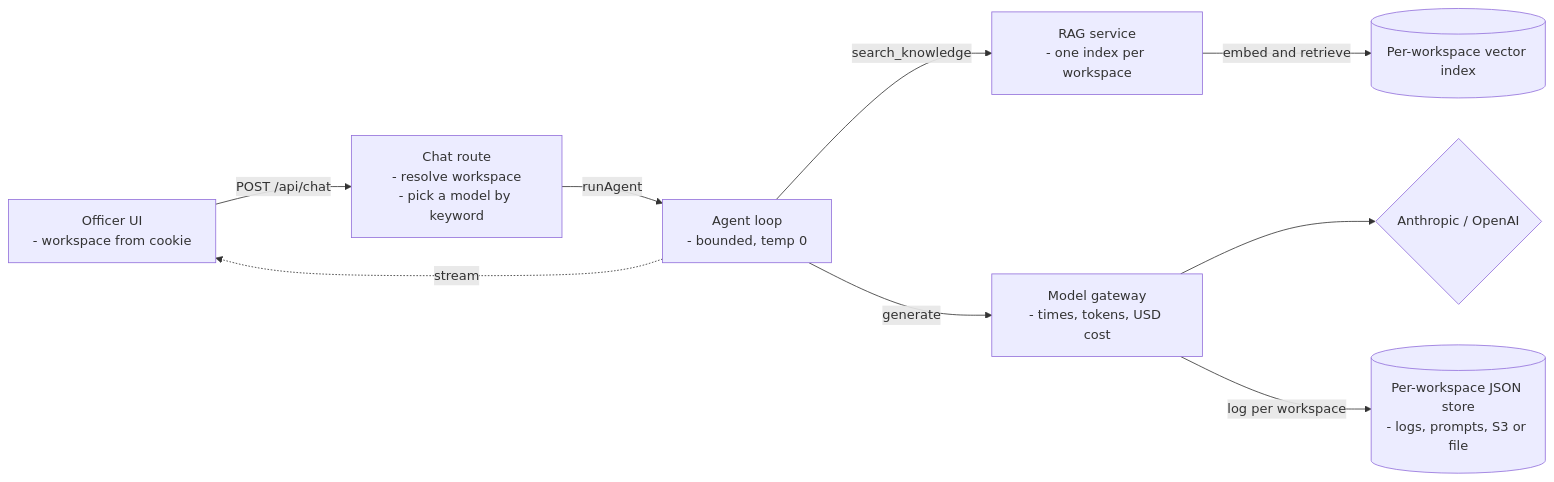
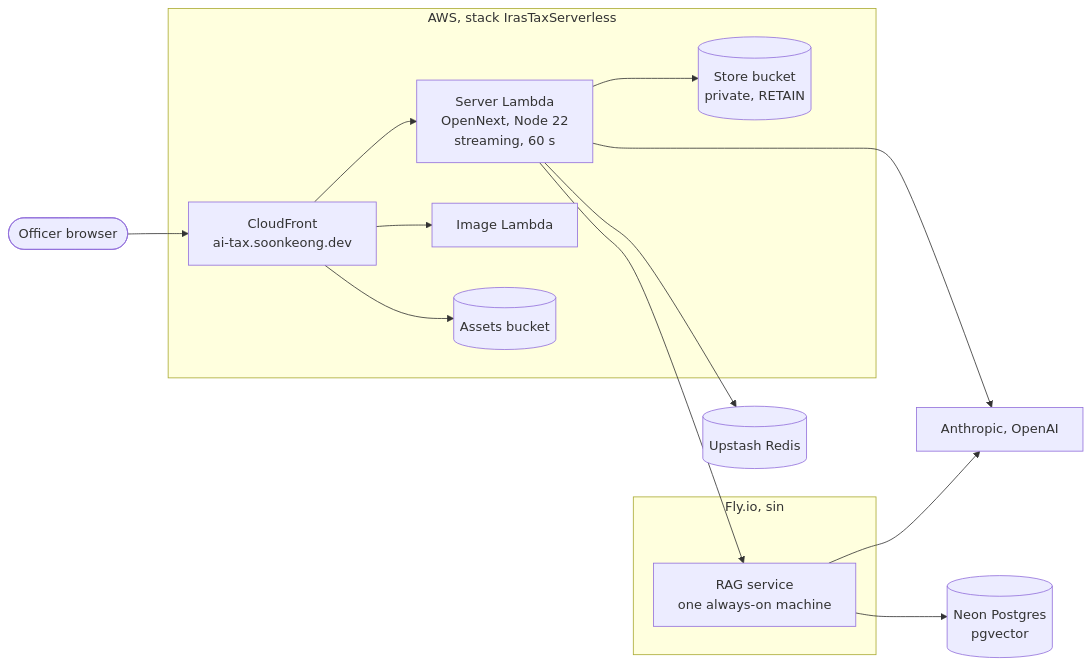
One commit to elleskay/ai-tax-assistant-platform changed the sixth of 7 diagrams in README.md. Above: the diagram before and after it, drawn with Mermaid. The commit also changed other lines of this file, not shown here.

````diff
--- a/README.md
+++ b/README.md
@@ -157,19 +351,27 @@
 ```mermaid
 flowchart LR
-  UI["Officer UI<br/>- workspace from cookie"]
-  API["Chat route<br/>- resolve workspace<br/>- pick a model by keyword"]
-  Agent["Agent loop<br/>- bounded, temp 0"]
-  GW["Model gateway<br/>- times, tokens, USD cost"]
-  Prov{"Anthropic / OpenAI"}
-  RAG["RAG service<br/>- one index per workspace"]
-  VEC[("Per-workspace vector index")]
-  Store[("Per-workspace JSON store<br/>- logs, prompts, S3 or file")]
-  UI -->|"POST /api/chat"| API
-  API -->|runAgent| Agent
-  Agent -->|search_knowledge| RAG
-  RAG -->|"embed and retrieve"| VEC
-  Agent -->|generate| GW
-  GW --> Prov
-  GW -->|log per workspace| Store
-  Agent -.stream.-> UI
+  U(["Officer browser"])
+  subgraph aws["AWS, stack IrasTaxServerless"]
+    CF["CloudFront<br/>ai-tax.soonkeong.dev"]
+    SF["Server Lambda<br/>OpenNext, Node 22<br/>streaming, 60 s"]
+    IF["Image Lambda"]
+    AB[("Assets bucket")]
+    SB[("Store bucket<br/>private, RETAIN")]
+  end
+  subgraph fly["Fly.io, sin"]
+    RAG["RAG service<br/>one always-on machine"]
+  end
+  Neon[("Neon Postgres<br/>pgvector")]
+  UP[("Upstash Redis")]
+  LLM["Anthropic, OpenAI"]
+  U --> CF
+  CF --> SF
+  CF --> IF
+  CF --> AB
+  SF --> SB
+  SF --> UP
+  SF --> LLM
+  SF --> RAG
+  RAG --> Neon
+  RAG --> LLM
 ```
````
